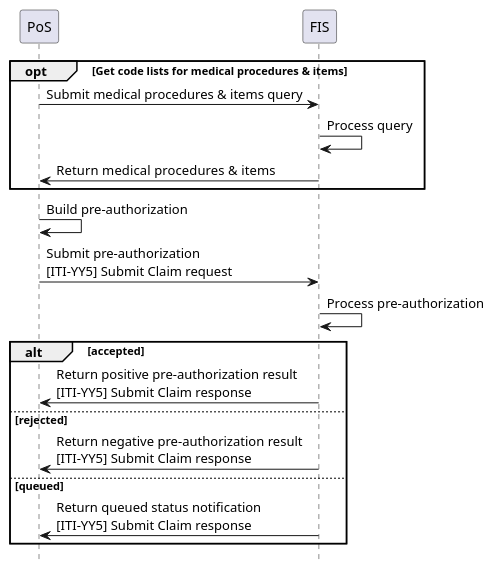
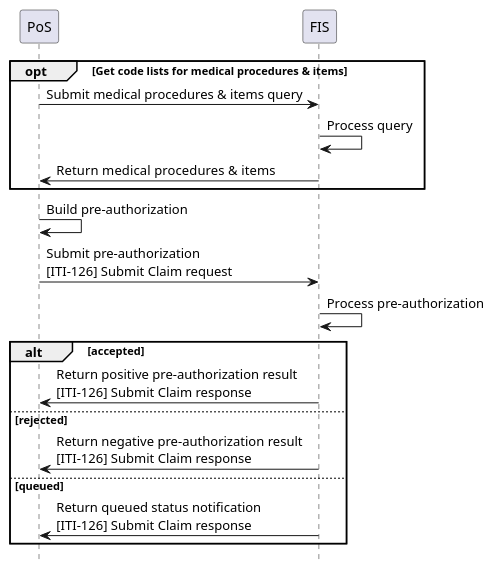
Before and after one commit to IHE/ITI.Finance: the diagram in input/images-source/usecase5-processflow.plantuml, drawn with PlantUML. The commit also changed 16 other files, not shown here.

```diff
--- a/input/images-source/usecase5-processflow.plantuml
+++ b/input/images-source/usecase5-processflow.plantuml
@@ -1,28 +1,28 @@
 @startuml
 skinparam svgDimensionStyle false
 hide footbox
 
 participant PoS
 participant FIS
 
 
 opt Get code lists for medical procedures & items
 	PoS -> FIS: Submit medical procedures & items query
 	FIS -> FIS: Process query
 	FIS -> PoS: Return  medical procedures & items
 end opt
  
 
 PoS -> PoS: Build pre-authorization
-PoS -> FIS: Submit pre-authorization\n&#91;ITI-YY5&#93; Submit Claim request
+PoS -> FIS: Submit pre-authorization\n&#91;ITI-126&#93; Submit Claim request
 FIS -> FIS: Process pre-authorization
 
 alt accepted
-	FIS -> PoS: Return positive pre-authorization result\n&#91;ITI-YY5&#93; Submit Claim response
+	FIS -> PoS: Return positive pre-authorization result\n&#91;ITI-126&#93; Submit Claim response
 else rejected
-	FIS -> PoS: Return negative pre-authorization result\n&#91;ITI-YY5&#93; Submit Claim response
+	FIS -> PoS: Return negative pre-authorization result\n&#91;ITI-126&#93; Submit Claim response
 else queued
-	FIS -> PoS: Return queued status notification\n&#91;ITI-YY5&#93; Submit Claim response
+	FIS -> PoS: Return queued status notification\n&#91;ITI-126&#93; Submit Claim response
 end
 
 @enduml
```
